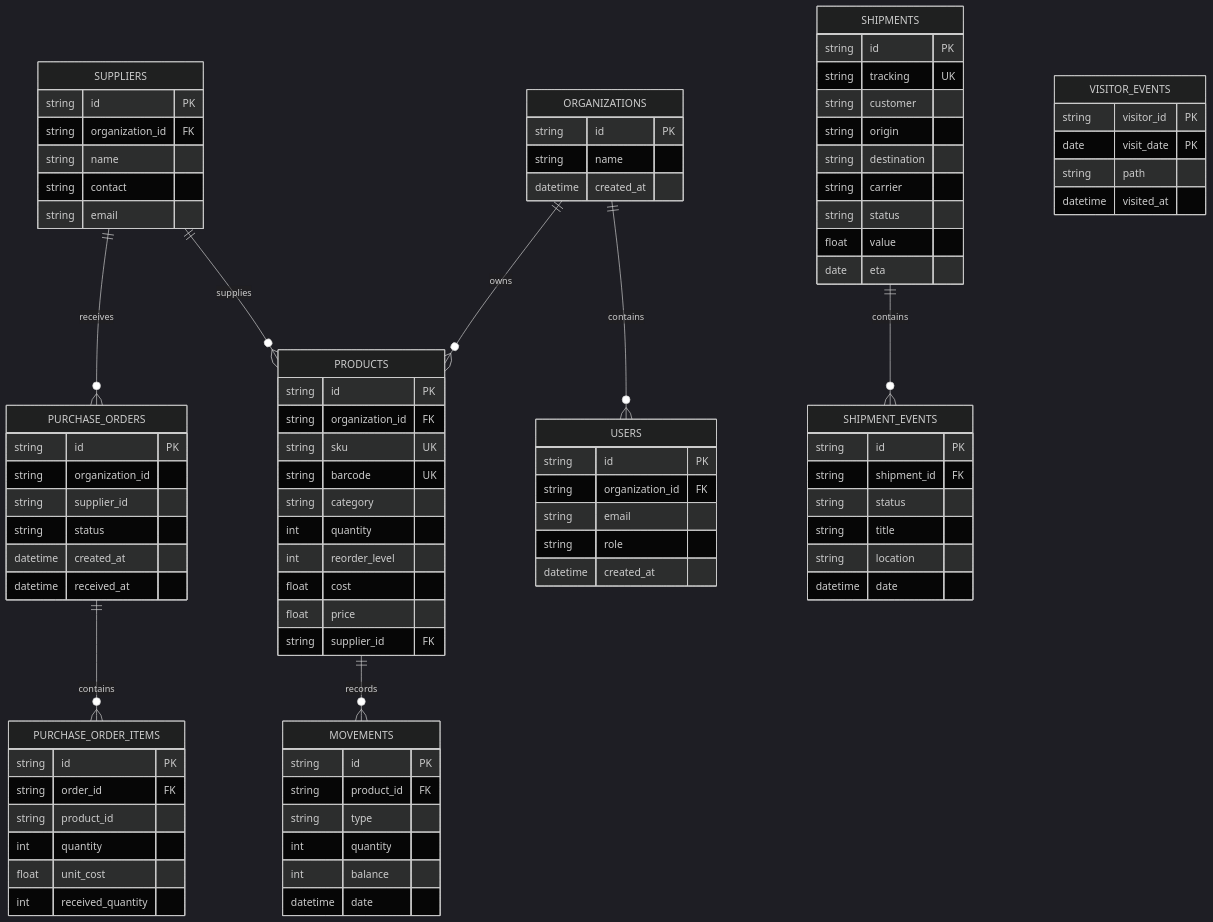
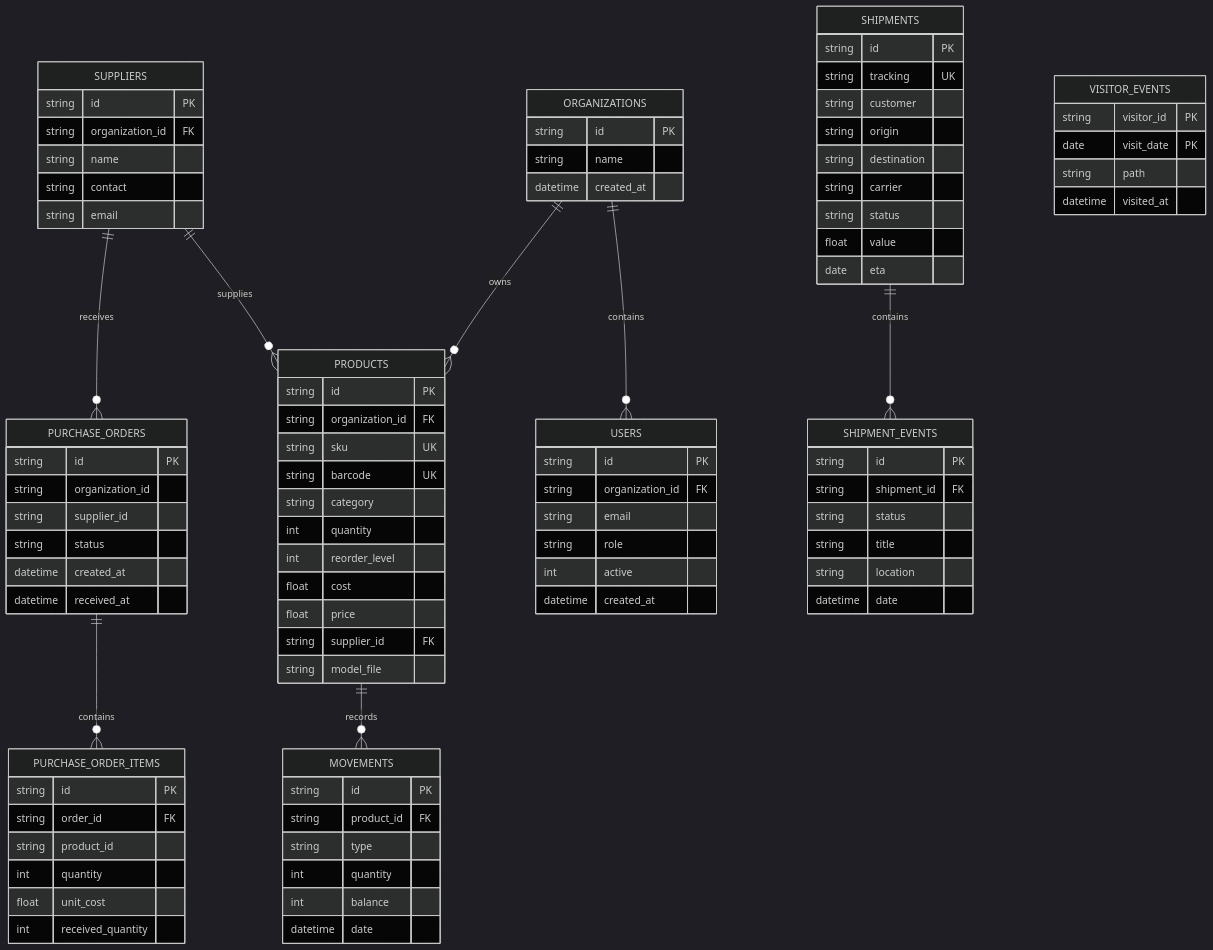
Before and after one commit to sgshiv001/inventrack-inventory-management: the second of 2 diagrams in docs/ARCHITECTURE.md, drawn with Mermaid (dark theme). The commit also changed other lines of this file and 65 other files, not shown here.

````diff
--- a/docs/ARCHITECTURE.md
+++ b/docs/ARCHITECTURE.md
@@ -62,6 +62,7 @@
     float cost
     float price
     string supplier_id FK
+    string model_file
   }
   MOVEMENTS {
     string id PK
@@ -122,6 +123,7 @@
     string organization_id FK
     string email
     string role
+    int active
     datetime created_at
   }
 ```
````
